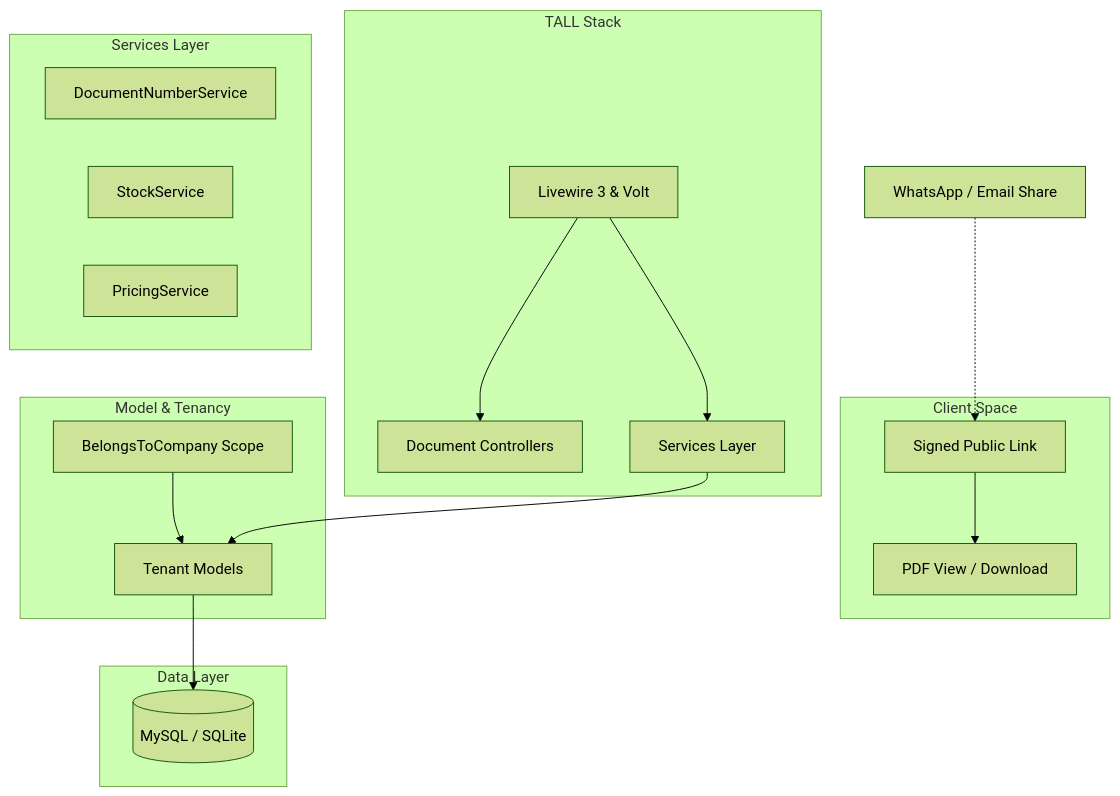
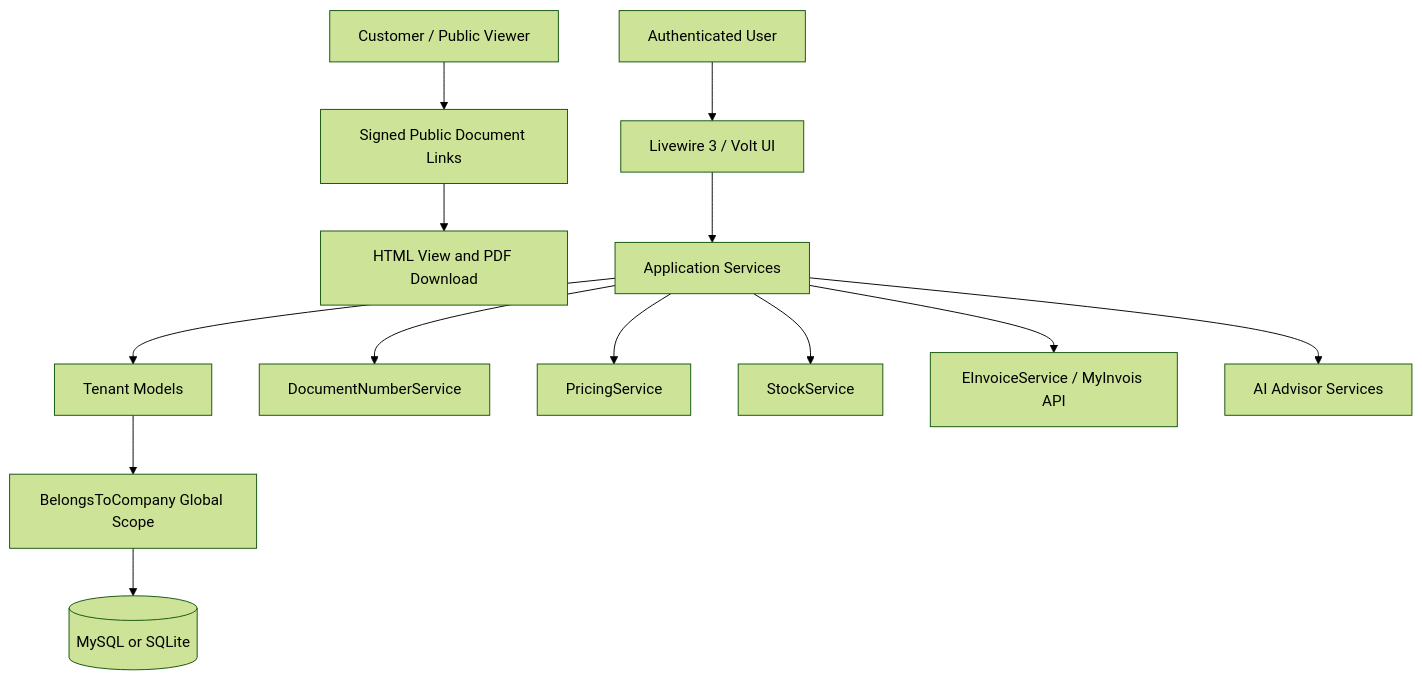
Before and after one commit to rajautara/sales-management-saa: the diagram in README.md, drawn with Mermaid (forest theme). The commit also changed other lines of this file, not shown here.

Commit message:
feat: implement company settings management and invoice display interface

````diff
--- a/README.md
+++ b/README.md
@@ -23,28 +57,17 @@
 ```mermaid
 graph TD
-    subgraph Client Space
-        PublicURL[Signed Public Link] --> ClientPDF[PDF View / Download]
-    end
+    Customer[Customer / Public Viewer] --> PublicLinks[Signed Public Document Links]
+    PublicLinks --> PdfViews[HTML View and PDF Download]
 
-    subgraph App Layer [TALL Stack]
-        Livewire[Livewire 3 & Volt] --> Controllers[Document Controllers]
-        Livewire --> Services[Services Layer]
-    end
+    User[Authenticated User] --> Livewire[Livewire 3 / Volt UI]
+    Livewire --> Services[Application Services]
+    Services --> Models[Tenant Models]
+    Models --> Scope[BelongsToCompany Global Scope]
+    Scope --> Database[(MySQL or SQLite)]
 
-    subgraph Services Layer
-        DocService[DocumentNumberService]
-        StockService[StockService]
-        PricingService[PricingService]
-    end
-
-    subgraph Model & Tenancy
-        GlobalScope[BelongsToCompany Scope] --> TenantModels[Tenant Models]
-    end
-
-    subgraph Data Layer
-        TenantModels --> DB[(MySQL / SQLite)]
-    end
-
-    ClientURL[WhatsApp / Email Share] -.-> PublicURL
-    Services --> TenantModels
+    Services --> DocumentNumbers[DocumentNumberService]
+    Services --> Pricing[PricingService]
+    Services --> Stock[StockService]
+    Services --> MyInvois[EInvoiceService / MyInvois API]
+    Services --> Advisor[AI Advisor Services]
 ```
````
